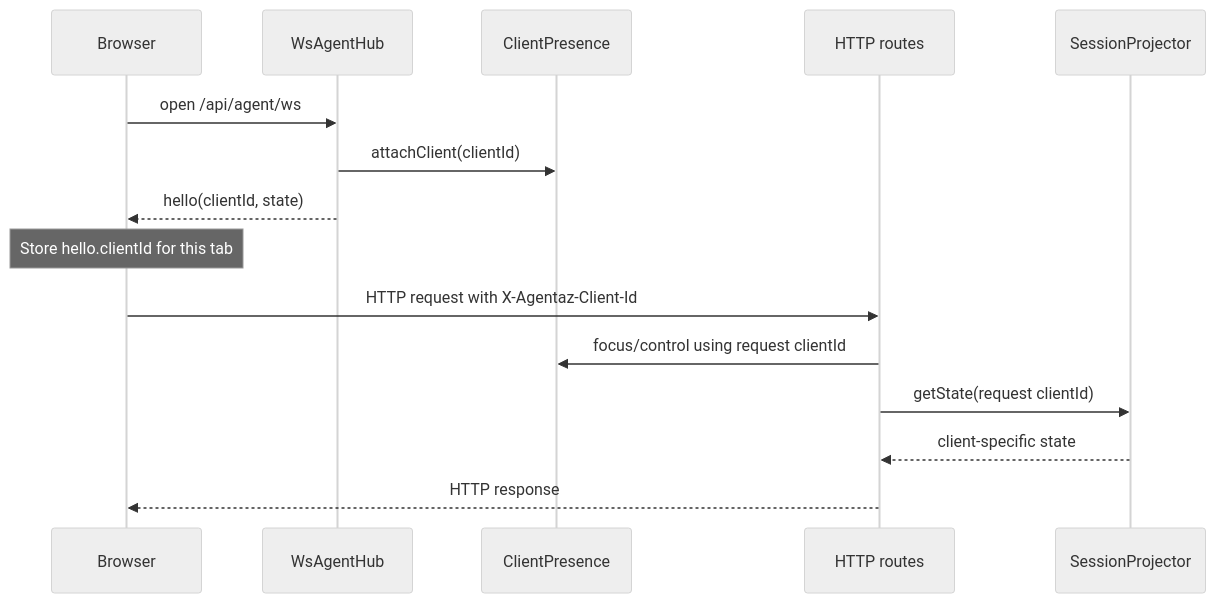
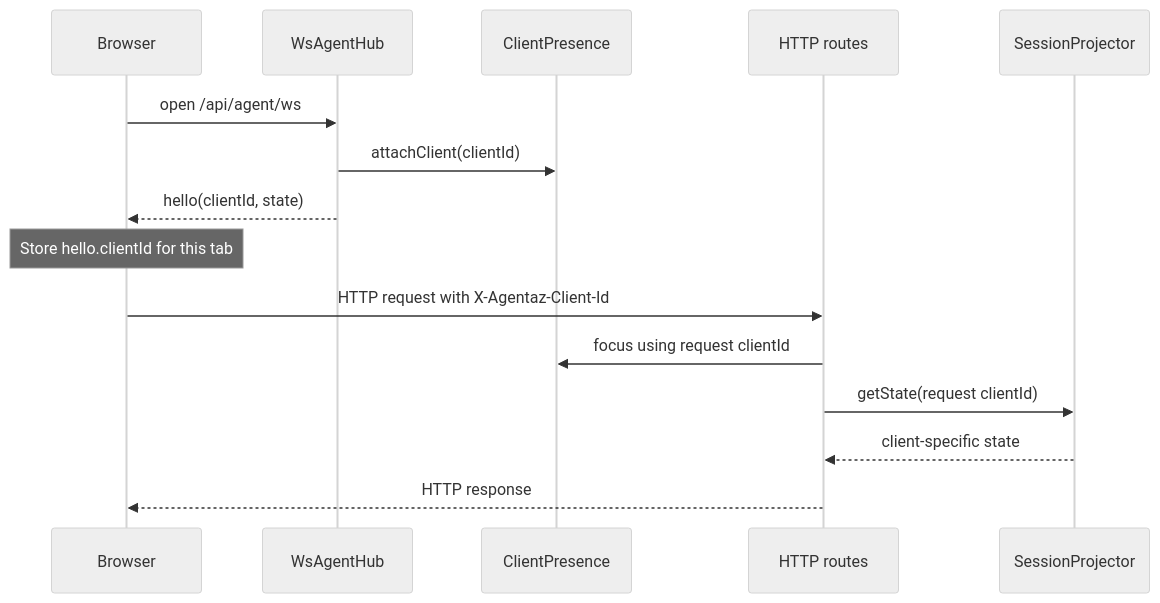
The second of 7 diagrams in docs/server-runtime-architecture.md (ZX-Ning/Agentaz), drawn with Mermaid (neutral theme) before and after one commit. The commit also changed other lines of this file and 17 other files, not shown here.

````diff
--- a/docs/server-runtime-architecture.md
+++ b/docs/server-runtime-architecture.md
@@ -47,20 +47,20 @@
 ```mermaid
 sequenceDiagram
   participant Browser
   participant Hub as WsAgentHub
   participant Presence as ClientPresence
   participant HTTP as HTTP routes
   participant Projector as SessionProjector
 
   Browser->>Hub: open /api/agent/ws
   Hub->>Presence: attachClient(clientId)
   Hub-->>Browser: hello(clientId, state)
 
   Note over Browser: Store hello.clientId for this tab
 
   Browser->>HTTP: HTTP request with X-Agentaz-Client-Id
-  HTTP->>Presence: focus/control using request clientId
+  HTTP->>Presence: focus using request clientId
   HTTP->>Projector: getState(request clientId)
   Projector-->>HTTP: client-specific state
   HTTP-->>Browser: HTTP response
 ```
````
